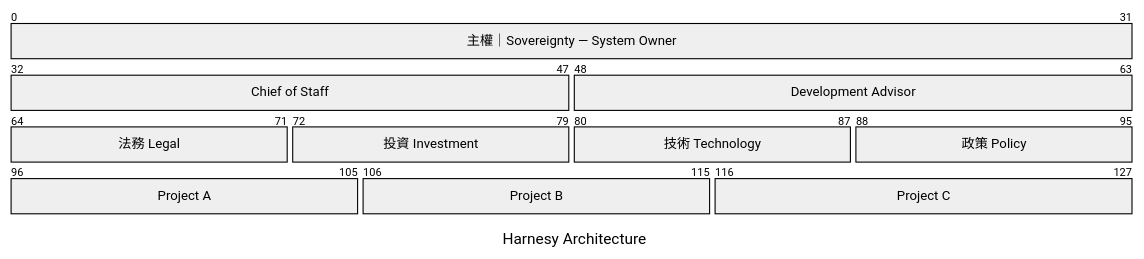
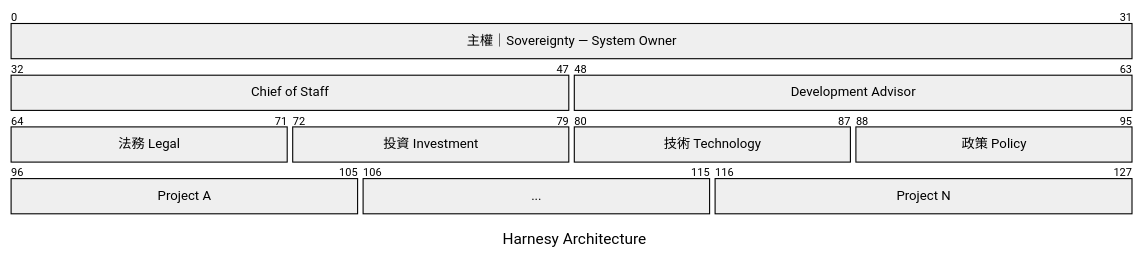
Before and after one commit to MarkovChenITRI/.github: the third of 3 diagrams in profile/README.md, drawn with Mermaid.

````diff
--- a/profile/README.md
+++ b/profile/README.md
@@ -105,16 +105,16 @@
 ```mermaid
 ---
 title: Harnesy Architecture
 ---
 packet
 0-31: "主權｜Sovereignty — System Owner"
 32-47: "Chief of Staff"
 48-63: "Development Advisor"
 64-71: "法務 Legal"
 72-79: "投資 Investment"
 80-87: "技術 Technology"
 88-95: "政策 Policy"
 96-105: "Project A"
-106-115: "Project B"
-116-127: "Project C"
+106-115: "..."
+116-127: "Project N"
 ```
````
